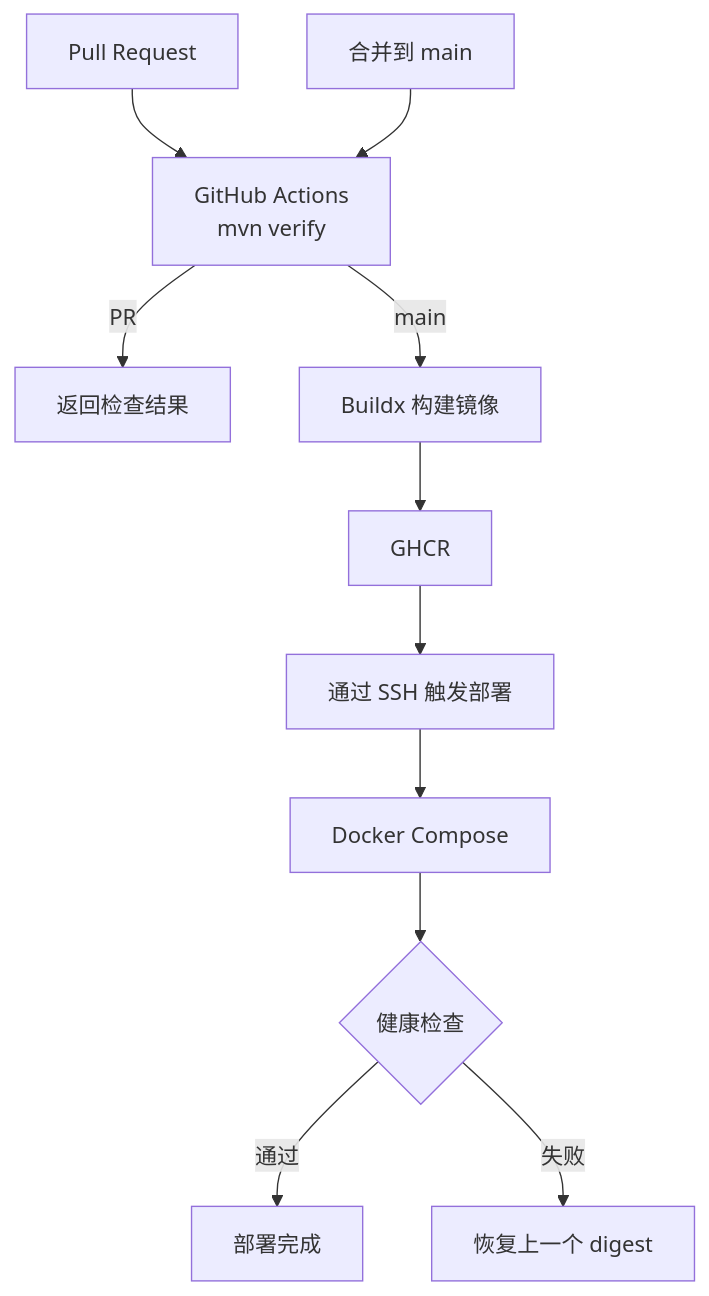
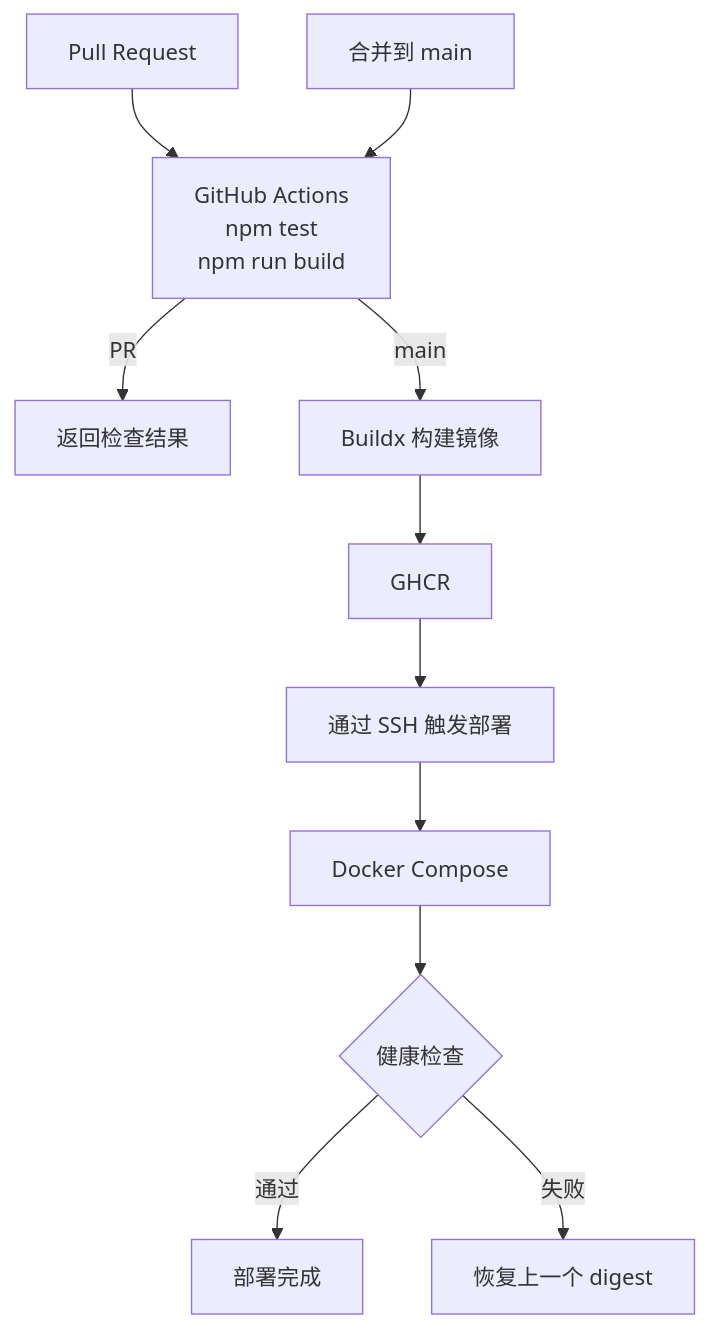
Before and after one commit to janwee-sha/blog: the diagram in src/content/posts/cicd-pipeline-with-github-actions-ghcr-docker.md, drawn with Mermaid. The commit also changed other lines of this file, not shown here.

Commit message:
post: cicd-pipeline-with-github-actions-ghcr-docker.

````diff
--- a/src/content/posts/cicd-pipeline-with-github-actions-ghcr-docker.md
+++ b/src/content/posts/cicd-pipeline-with-github-actions-ghcr-docker.md
@@ -21,13 +21,13 @@
 ```mermaid
 flowchart TB
-    PR[Pull Request] --> Test[GitHub Actions<br/>mvn verify]
+    PR[Pull Request] --> Test[GitHub Actions<br/>npm test<br/>npm run build]
     Merge[合并到 main] --> Test
     Test -->|PR| Result[返回检查结果]
     Test -->|main| Build[Buildx 构建镜像]
     Build --> GHCR[GHCR]
     GHCR --> Deploy[通过 SSH 触发部署]
     Deploy --> Compose[Docker Compose]
     Compose --> Health{健康检查}
     Health -->|通过| Done[部署完成]
     Health -->|失败| Rollback[恢复上一个 digest]
 ```
````
